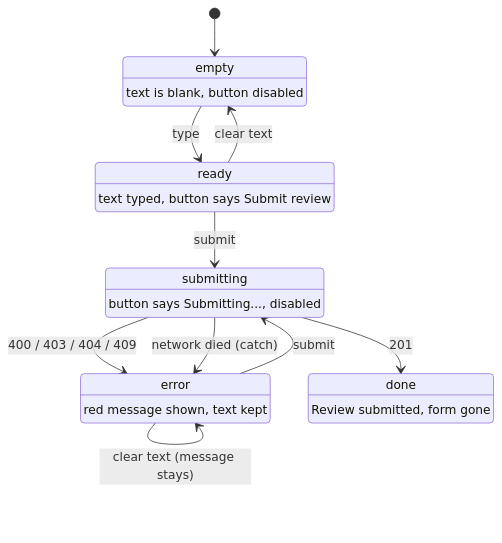
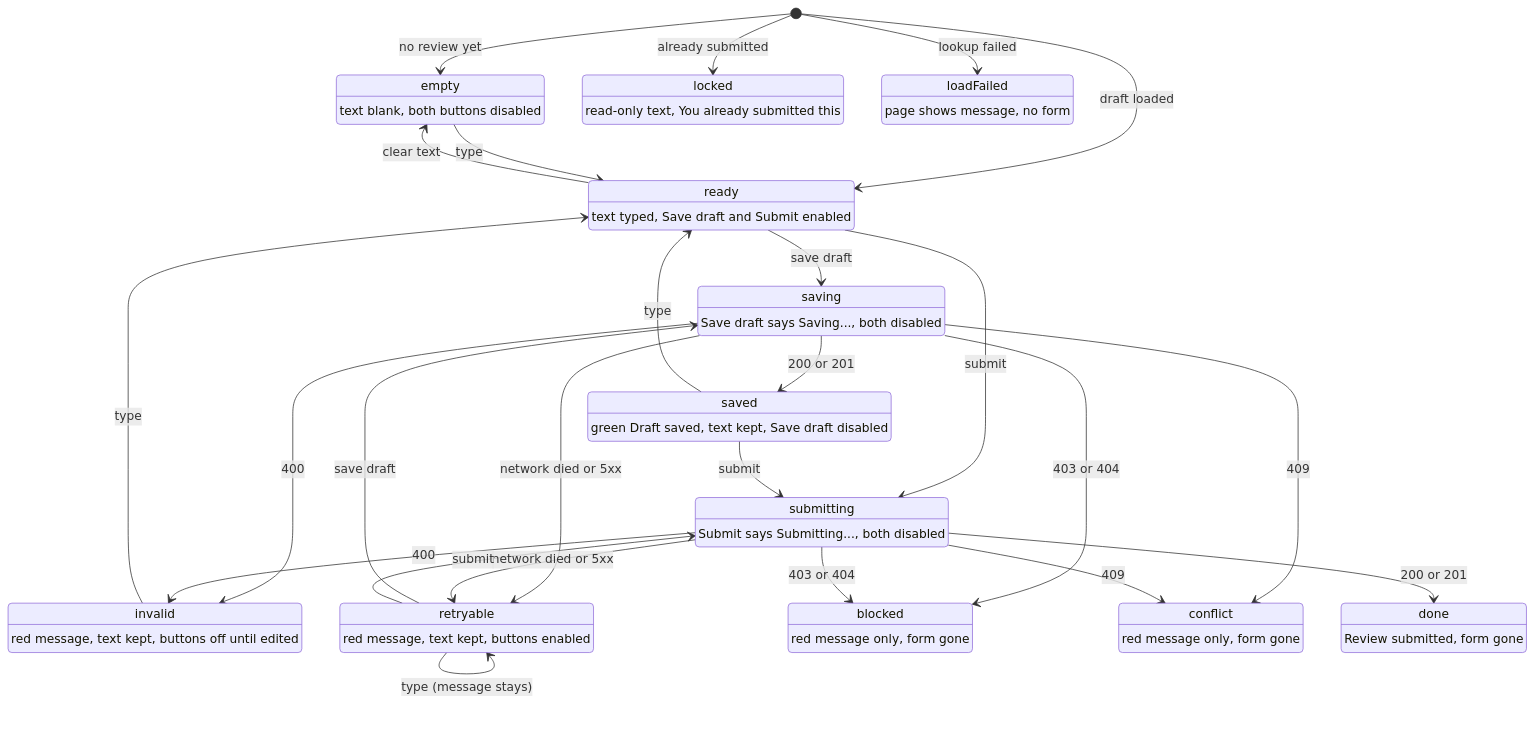
One commit to AF-01af/CodeLens changed the diagram in docs/specs/review/peer-review-api.md. Above: the diagram before and after it, drawn with Mermaid. The commit also changed 2 other files, not shown here.

Commit message:
Add ReviewForm with state diagram and draft UI

````diff
--- a/docs/specs/review/peer-review-api.md
+++ b/docs/specs/review/peer-review-api.md
@@ -55,24 +55,57 @@
 ```mermaid
   stateDiagram-v2
   empty: empty
-  empty: text is blank, button disabled
+  empty: text blank, both buttons disabled
   ready: ready
-  ready: text typed, button says Submit review
+  ready: text typed, Save draft and Submit enabled
+  saving: saving
+  saving: Save draft says Saving..., both disabled
+  saved: saved
+  saved: green Draft saved, text kept, Save draft disabled
   submitting: submitting
-  submitting: button says Submitting..., disabled
-  error: error
-  error: red message shown, text kept
+  submitting: Submit says Submitting..., both disabled
+  invalid: invalid
+  invalid: red message, text kept, buttons off until edited
+  retryable: retryable
+  retryable: red message, text kept, buttons enabled
+  blocked: blocked
+  blocked: red message only, form gone
+  conflict: conflict
+  conflict: red message only, form gone
+  locked: locked
+  locked: read-only text, You already submitted this
   done: done
   done: Review submitted, form gone
+  loadFailed: loadFailed
+  loadFailed: page shows message, no form
 
-  [*] --> empty
+  [*] --> empty: no review yet
+  [*] --> ready: draft loaded
+  [*] --> locked: already submitted
+  [*] --> loadFailed: lookup failed
+
   empty --> ready: type
   ready --> empty: clear text
+  ready --> saving: save draft
   ready --> submitting: submit
-  submitting --> done: 201
-  submitting --> error: 400 / 403 / 404 / 409
-  submitting --> error: network died (catch)
-  error --> submitting: submit
-  error --> error: type (message stays)
-  error --> error: clear text (message stays)
+
+  saving --> saved: 200 or 201
+  saved --> ready: type
+  saved --> submitting: submit
+
+  saving --> invalid: 400
+  saving --> retryable: network died or 5xx
+  saving --> blocked: 403 or 404
+  saving --> conflict: 409
+
+  submitting --> done: 200 or 201
+  submitting --> invalid: 400
+  submitting --> retryable: network died or 5xx
+  submitting --> blocked: 403 or 404
+  submitting --> conflict: 409
+
+  invalid --> ready: type
+  retryable --> saving: save draft
+  retryable --> submitting: submit
+  retryable --> retryable: type (message stays)
 ```
````
